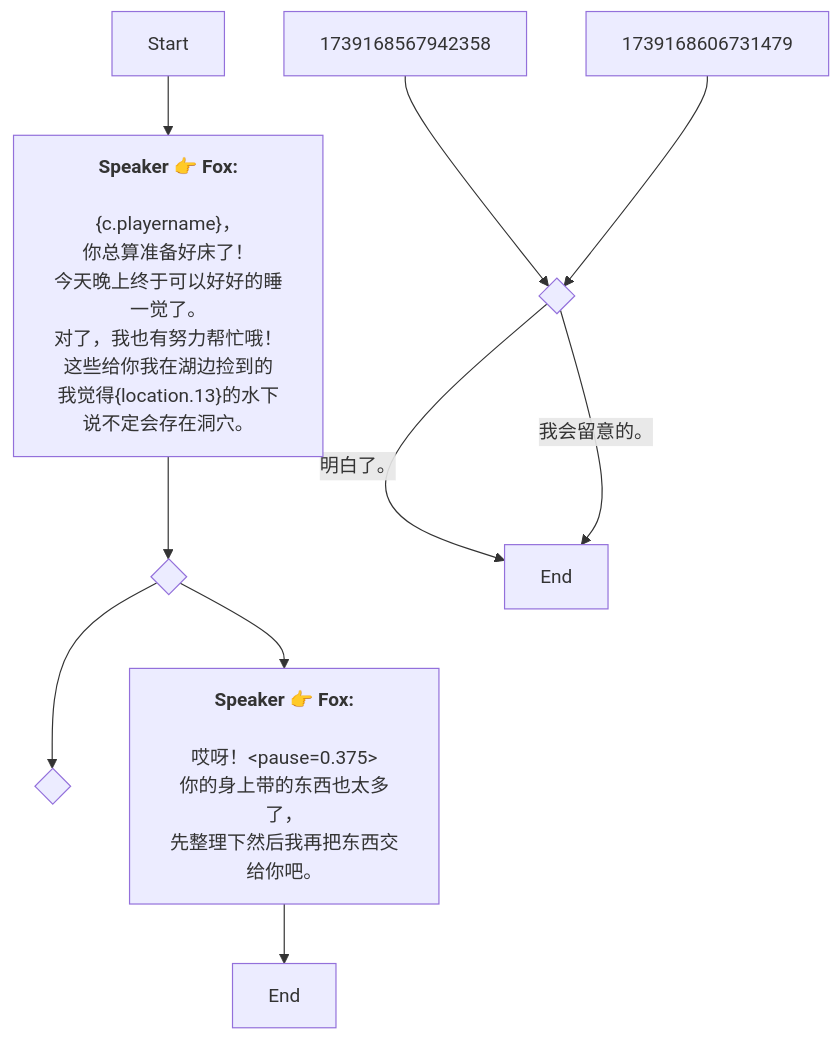
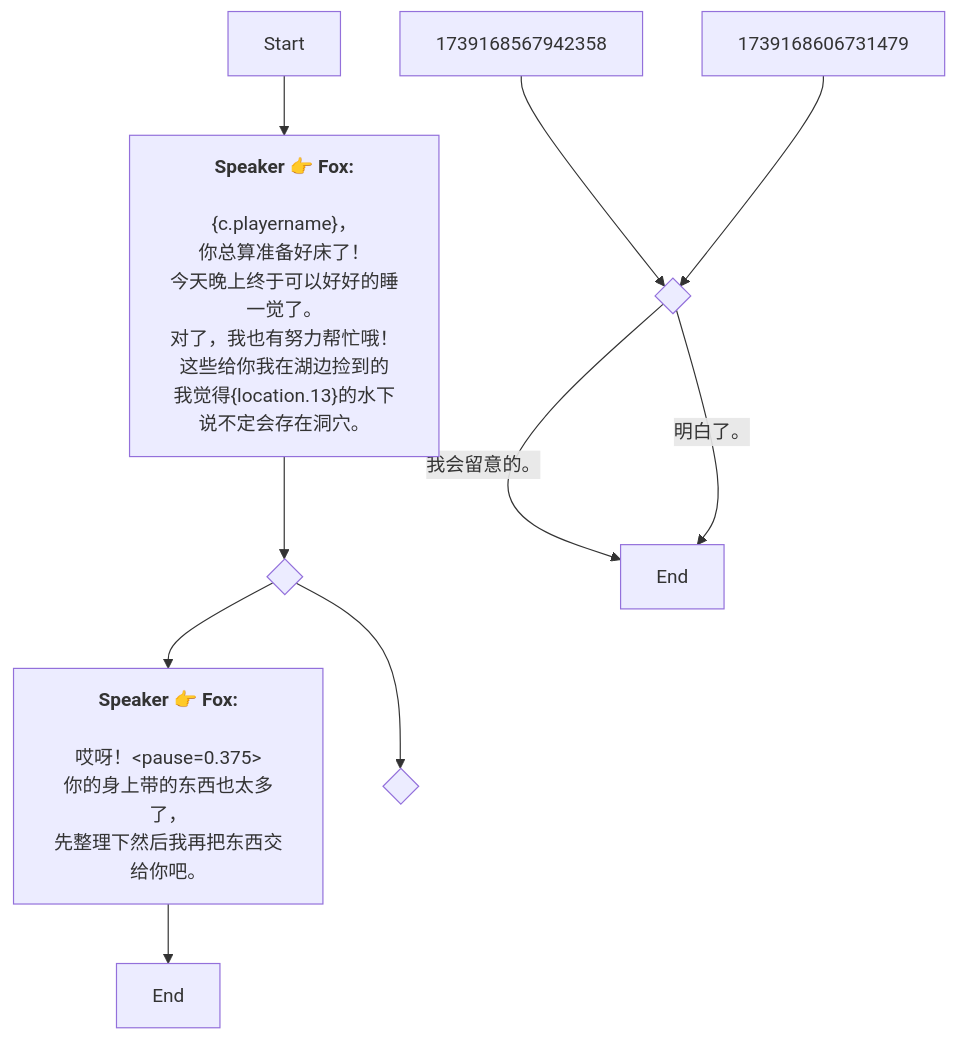
The diagram in Zh/QuestTalkObjectiveNode_1739167235783881.md (SoftHu/tos_avg), drawn with Mermaid before and after one commit. The commit also changed other lines of this file and 780 other files, not shown here.

````diff
--- a/Zh/QuestTalkObjectiveNode_1739167235783881.md
+++ b/Zh/QuestTalkObjectiveNode_1739167235783881.md
@@ -1,21 +1,21 @@
 ```mermaid
 graph
 Start -->1739167465258188[<b>Speaker 👉 Fox:</b>
 \n&lbrace;c.playername&rbrace;，
 你总算准备好床了！
 今天晚上终于可以好好的睡一觉了。\n对了，我也有努力帮忙哦！
 这些给你我在湖边捡到的
 我觉得&lbrace;location.13&rbrace;的水下说不定会存在洞穴。]
 1739167465258188 -->1739167841542350{ }
-1739167841542350 -->1739167754644685{ }
 1739167841542350 -->1739167865699535[<b>Speaker 👉 Fox:</b>
 \n哎呀！&lt;pause=0.375&gt;
 你的身上带的东西也太多了，
 先整理下然后我再把东西交给你吧。]
+1739167841542350 -->1739167754644685{ }
 1739168567942358 -->434792141985589{ }
 1739168606731479 -->434792141985589{ }
 1739167865699535 -->1739167896556752[End]
+434792141985589 -->|我会留意的。|1739167901405393[End]
 434792141985589 -->|明白了。|1739167901405393[End]
-434792141985589 -->|我会留意的。|1739167901405393[End]
 
 ```
````
